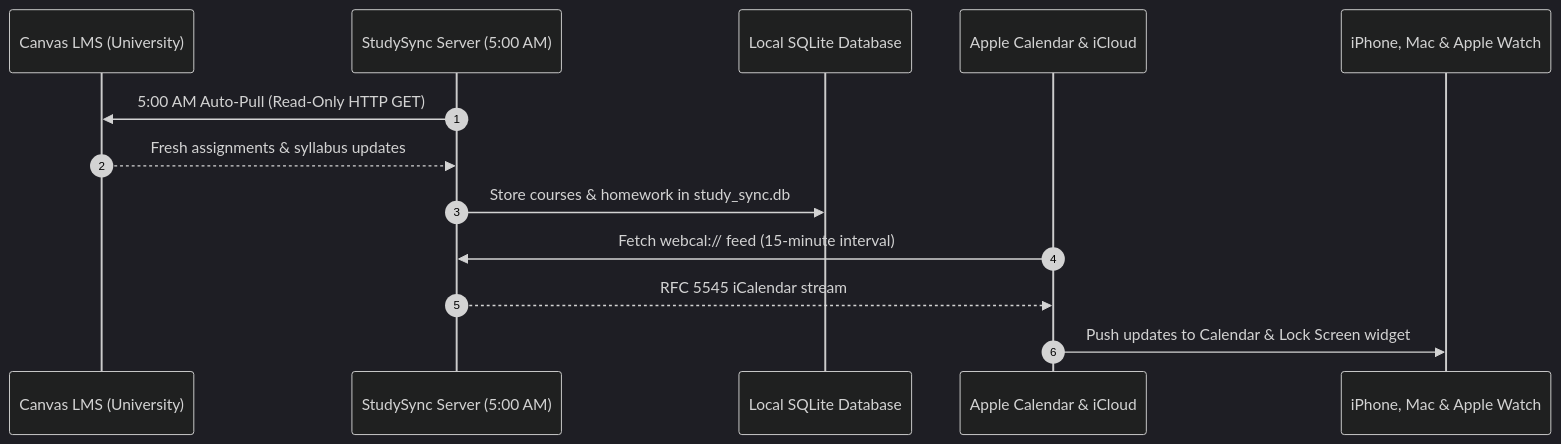
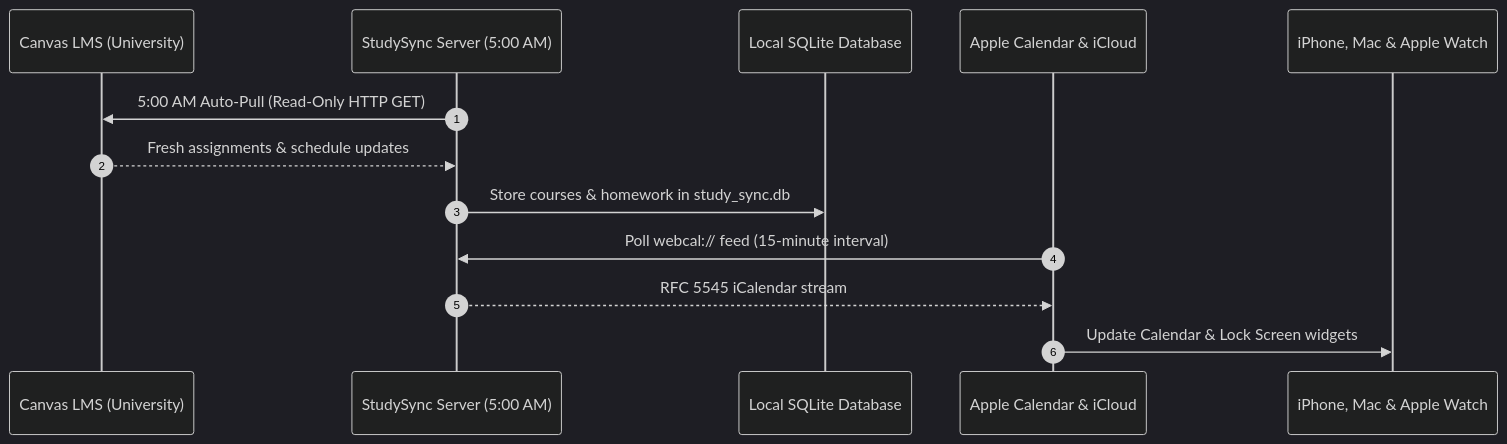
The diagram in README.md (aiden0rchad/StudySync), drawn with Mermaid (dark theme) before and after one commit. The commit also changed other lines of this file and 2 other files, not shown here.

````diff
--- a/README.md
+++ b/README.md
@@ -32,16 +46,16 @@
 ```mermaid
 sequenceDiagram
     autonumber
     participant Canvas as Canvas LMS (University)
     participant StudySync as StudySync Server (5:00 AM)
     participant SQLite as Local SQLite Database
     participant Apple as Apple Calendar & iCloud
     participant Device as iPhone, Mac & Apple Watch
 
     StudySync->>Canvas: 5:00 AM Auto-Pull (Read-Only HTTP GET)
-    Canvas-->>StudySync: Fresh assignments & syllabus updates
+    Canvas-->>StudySync: Fresh assignments & schedule updates
     StudySync->>SQLite: Store courses & homework in study_sync.db
-    Apple->>StudySync: Fetch webcal:// feed (15-minute interval)
+    Apple->>StudySync: Poll webcal:// feed (15-minute interval)
     StudySync-->>Apple: RFC 5545 iCalendar stream
-    Apple->>Device: Push updates to Calendar & Lock Screen widget
+    Apple->>Device: Update Calendar & Lock Screen widgets
 ```
````
